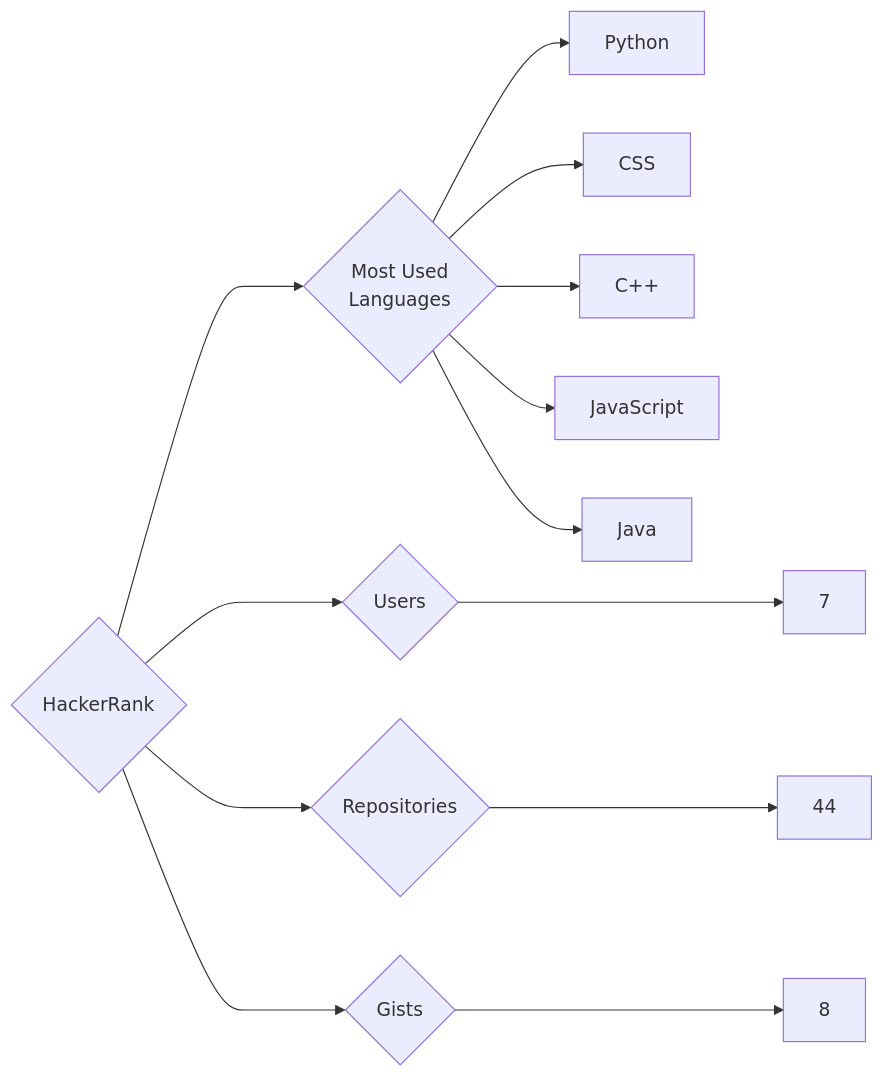
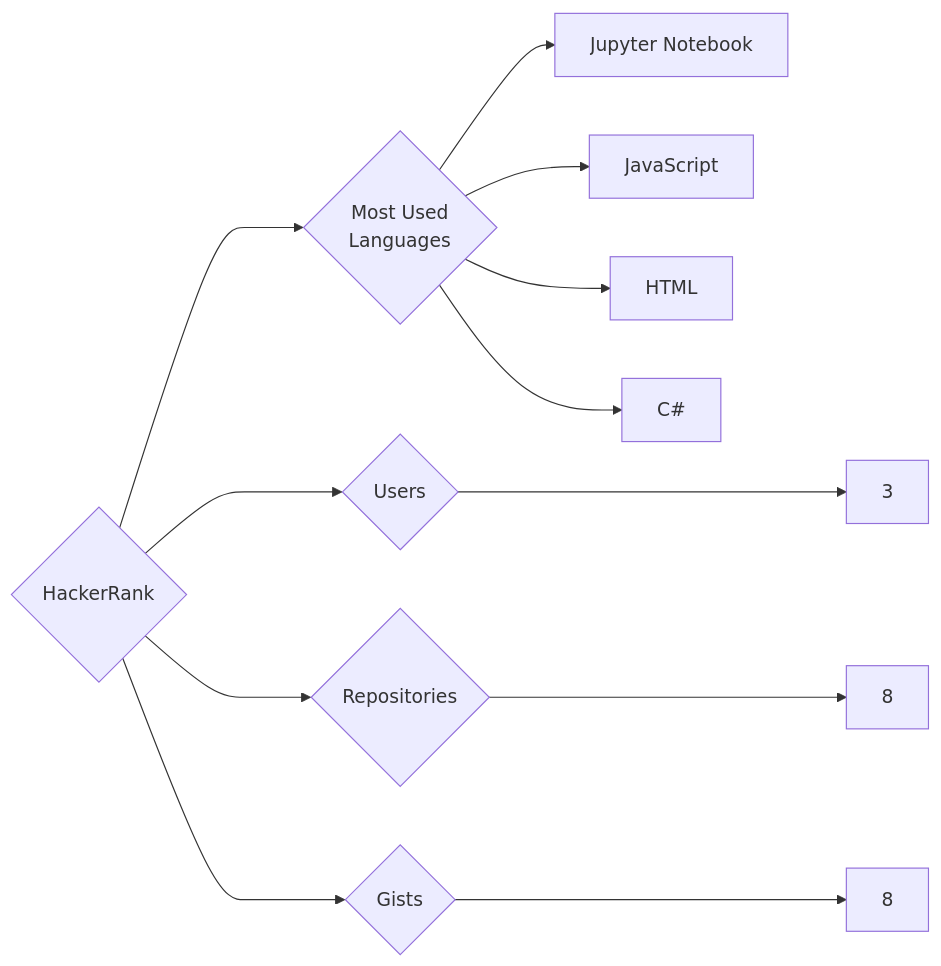
Before and after one commit to trickest/insiders: the diagram in targets/HackerRank/README.md, drawn with Mermaid. The commit also changed 676 other files, not shown here.

````diff
--- a/targets/HackerRank/README.md
+++ b/targets/HackerRank/README.md
@@ -3,13 +3,12 @@
 ```mermaid
 graph LR
 COMPANY_NAME{HackerRank}
-COMPANY_NAME ---> U{Users} ---> UN[7]
-COMPANY_NAME ---> R{Repositories} ---> RN[44]
+COMPANY_NAME ---> U{Users} ---> UN[3]
+COMPANY_NAME ---> R{Repositories} ---> RN[8]
 COMPANY_NAME ---> G{Gists} ---> GN[8]
 COMPANY_NAME ---> ML{Most Used<br>Languages}
-ML --> Python[Python]
-ML --> CSS[CSS]
-ML --> C++[C++]
+ML --> Jupyter_Notebook[Jupyter Notebook]
 ML --> JavaScript[JavaScript]
-ML --> Java[Java]
+ML --> HTML[HTML]
+ML --> C#[C#]
 ```
````
